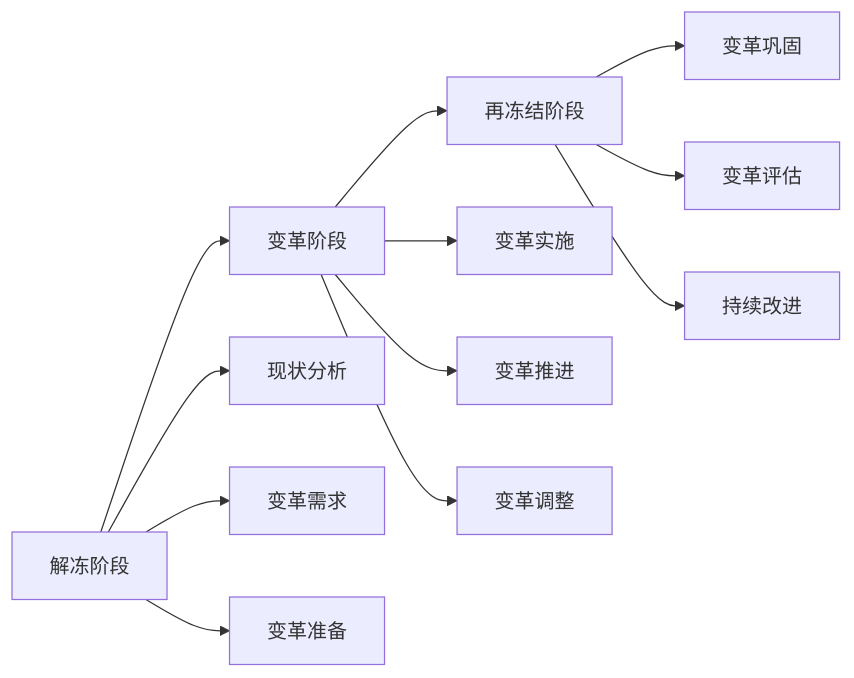
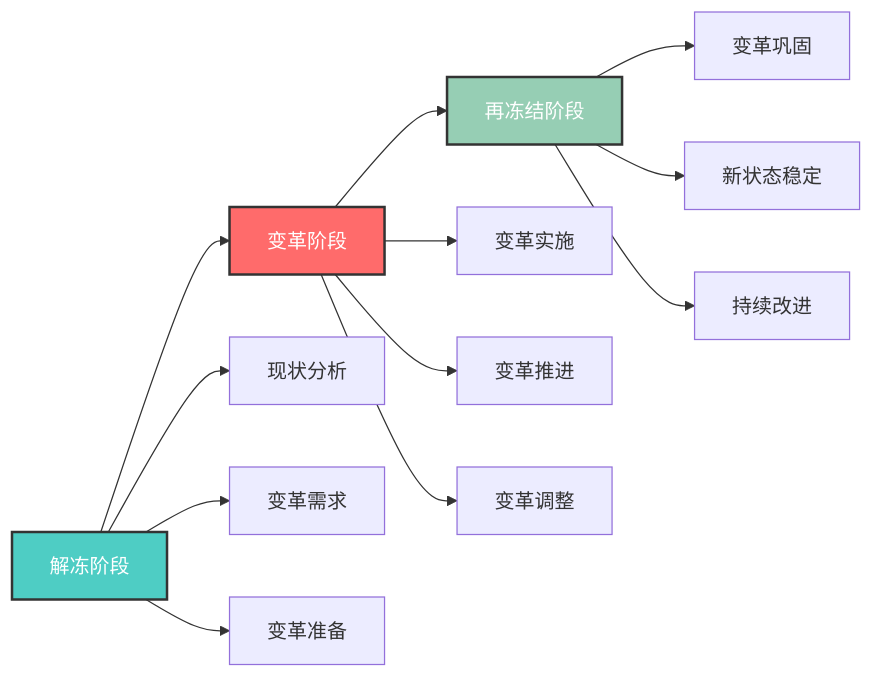
Before and after one commit to Anping2017/obsidian: the second of 10 diagrams in 企业领导力/03-能力构建层/核心领导能力/05-变革管理.md, drawn with Mermaid. The commit also changed other lines of this file and 28 other files, not shown here.

````diff
--- a/企业领导力/03-能力构建层/核心领导能力/05-变革管理.md
+++ b/企业领导力/03-能力构建层/核心领导能力/05-变革管理.md
@@ -43,17 +60,21 @@
 ```mermaid
 graph LR
     A[解冻阶段] --> B[变革阶段]
     B --> C[再冻结阶段]
     
     A --> A1[现状分析]
     A --> A2[变革需求]
     A --> A3[变革准备]
     
     B --> B1[变革实施]
     B --> B2[变革推进]
     B --> B3[变革调整]
     
     C --> C1[变革巩固]
-    C --> C2[变革评估]
+    C --> C2[新状态稳定]
     C --> C3[持续改进]
+    
+    style A fill:#4ecdc4,stroke:#333,stroke-width:2px,color:#fff
+    style B fill:#ff6b6b,stroke:#333,stroke-width:2px,color:#fff
+    style C fill:#96ceb4,stroke:#333,stroke-width:2px,color:#fff
 ```
````
